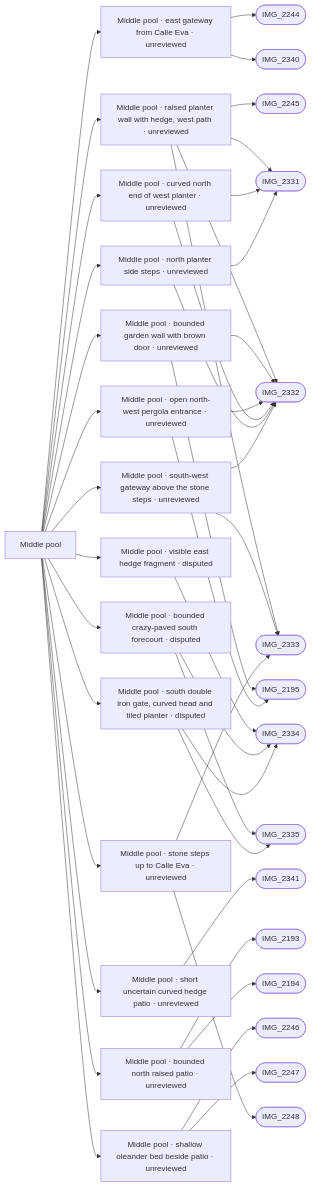
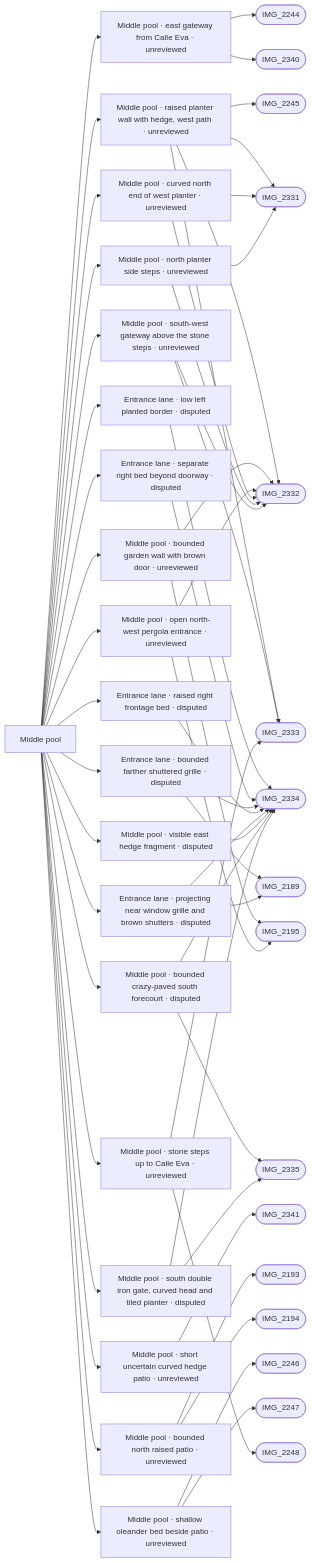
Before and after one commit to daveyboyc/villacana-venture: the diagram in refs/areas/middle-pool.md, drawn with Mermaid. The commit also changed other lines of this file and 47 other files, not shown here.

Commit message:
Build entrance lane planters and projecting window grilles as bounded draft

````diff
--- a/refs/areas/middle-pool.md
+++ b/refs/areas/middle-pool.md
@@ -59,46 +60,58 @@
 ```mermaid
 graph LR
   A["Middle pool"]
   A --> F0["Middle pool · east gateway from Calle Eva · unreviewed"]
   F0 --> PIMG_2244_jpg(["IMG_2244"])
   F0 --> PIMG_2340_jpg(["IMG_2340"])
   A --> F1["Middle pool · raised planter wall with hedge, west path · unreviewed"]
   F1 --> PIMG_2245_jpg(["IMG_2245"])
   F1 --> PIMG_2331_jpg(["IMG_2331"])
   F1 --> PIMG_2332_jpg(["IMG_2332"])
   F1 --> PIMG_2333_jpg(["IMG_2333"])
-  A --> F2["Middle pool · bounded garden wall with brown door · unreviewed"]
-  F2 --> PIMG_2195_jpg(["IMG_2195"])
-  F2 --> PIMG_2332_jpg(["IMG_2332"])
-  A --> F3["Middle pool · open north-west pergola entrance · unreviewed"]
-  F3 --> PIMG_2195_jpg(["IMG_2195"])
-  F3 --> PIMG_2332_jpg(["IMG_2332"])
-  A --> F4["Middle pool · curved north end of west planter · unreviewed"]
-  F4 --> PIMG_2331_jpg(["IMG_2331"])
-  F4 --> PIMG_2332_jpg(["IMG_2332"])
-  A --> F5["Middle pool · north planter side steps · unreviewed"]
-  F5 --> PIMG_2331_jpg(["IMG_2331"])
-  F5 --> PIMG_2332_jpg(["IMG_2332"])
-  A --> F6["Middle pool · visible east hedge fragment · disputed"]
+  A --> F2["Entrance lane · low left planted border · disputed"]
+  F2 --> PIMG_2334_jpg(["IMG_2334"])
+  A --> F3["Entrance lane · separate right bed beyond doorway · disputed"]
+  F3 --> PIMG_2334_jpg(["IMG_2334"])
+  A --> F4["Entrance lane · bounded farther shuttered grille · disputed"]
+  F4 --> PIMG_2189_jpg(["IMG_2189"])
+  F4 --> PIMG_2334_jpg(["IMG_2334"])
+  A --> F5["Entrance lane · raised right frontage bed · disputed"]
+  F5 --> PIMG_2334_jpg(["IMG_2334"])
+  A --> F6["Entrance lane · projecting near window grille and brown shutters · disputed"]
+  F6 --> PIMG_2189_jpg(["IMG_2189"])
   F6 --> PIMG_2334_jpg(["IMG_2334"])
-  A --> F7["Middle pool · bounded crazy-paved south forecourt · disputed"]
-  F7 --> PIMG_2334_jpg(["IMG_2334"])
-  F7 --> PIMG_2335_jpg(["IMG_2335"])
-  A --> F8["Middle pool · south double iron gate, curved head and tiled planter · disputed"]
-  F8 --> PIMG_2334_jpg(["IMG_2334"])
-  F8 --> PIMG_2335_jpg(["IMG_2335"])
-  A --> F9["Middle pool · south-west gateway above the stone steps · unreviewed"]
+  A --> F7["Middle pool · bounded garden wall with brown door · unreviewed"]
+  F7 --> PIMG_2195_jpg(["IMG_2195"])
+  F7 --> PIMG_2332_jpg(["IMG_2332"])
+  A --> F8["Middle pool · open north-west pergola entrance · unreviewed"]
+  F8 --> PIMG_2195_jpg(["IMG_2195"])
+  F8 --> PIMG_2332_jpg(["IMG_2332"])
+  A --> F9["Middle pool · curved north end of west planter · unreviewed"]
+  F9 --> PIMG_2331_jpg(["IMG_2331"])
   F9 --> PIMG_2332_jpg(["IMG_2332"])
-  F9 --> PIMG_2333_jpg(["IMG_2333"])
-  A --> F10["Middle pool · short uncertain curved hedge patio · unreviewed"]
-  F10 --> PIMG_2341_jpg(["IMG_2341"])
-  A --> F11["Middle pool · bounded north raised patio · unreviewed"]
-  F11 --> PIMG_2193_jpg(["IMG_2193"])
-  F11 --> PIMG_2194_jpg(["IMG_2194"])
-  A --> F12["Middle pool · shallow oleander bed beside patio · unreviewed"]
-  F12 --> PIMG_2246_jpg(["IMG_2246"])
-  F12 --> PIMG_2247_jpg(["IMG_2247"])
-  A --> F13["Middle pool · stone steps up to Calle Eva · unreviewed"]
-  F13 --> PIMG_2248_jpg(["IMG_2248"])
-  F13 --> PIMG_2333_jpg(["IMG_2333"])
+  A --> F10["Middle pool · north planter side steps · unreviewed"]
+  F10 --> PIMG_2331_jpg(["IMG_2331"])
+  F10 --> PIMG_2332_jpg(["IMG_2332"])
+  A --> F11["Middle pool · visible east hedge fragment · disputed"]
+  F11 --> PIMG_2334_jpg(["IMG_2334"])
+  A --> F12["Middle pool · bounded crazy-paved south forecourt · disputed"]
+  F12 --> PIMG_2334_jpg(["IMG_2334"])
+  F12 --> PIMG_2335_jpg(["IMG_2335"])
+  A --> F13["Middle pool · south double iron gate, curved head and tiled planter · disputed"]
+  F13 --> PIMG_2334_jpg(["IMG_2334"])
+  F13 --> PIMG_2335_jpg(["IMG_2335"])
+  A --> F14["Middle pool · south-west gateway above the stone steps · unreviewed"]
+  F14 --> PIMG_2332_jpg(["IMG_2332"])
+  F14 --> PIMG_2333_jpg(["IMG_2333"])
+  A --> F15["Middle pool · short uncertain curved hedge patio · unreviewed"]
+  F15 --> PIMG_2341_jpg(["IMG_2341"])
+  A --> F16["Middle pool · bounded north raised patio · unreviewed"]
+  F16 --> PIMG_2193_jpg(["IMG_2193"])
+  F16 --> PIMG_2194_jpg(["IMG_2194"])
+  A --> F17["Middle pool · shallow oleander bed beside patio · unreviewed"]
+  F17 --> PIMG_2246_jpg(["IMG_2246"])
+  F17 --> PIMG_2247_jpg(["IMG_2247"])
+  A --> F18["Middle pool · stone steps up to Calle Eva · unreviewed"]
+  F18 --> PIMG_2248_jpg(["IMG_2248"])
+  F18 --> PIMG_2333_jpg(["IMG_2333"])
 ```
````
